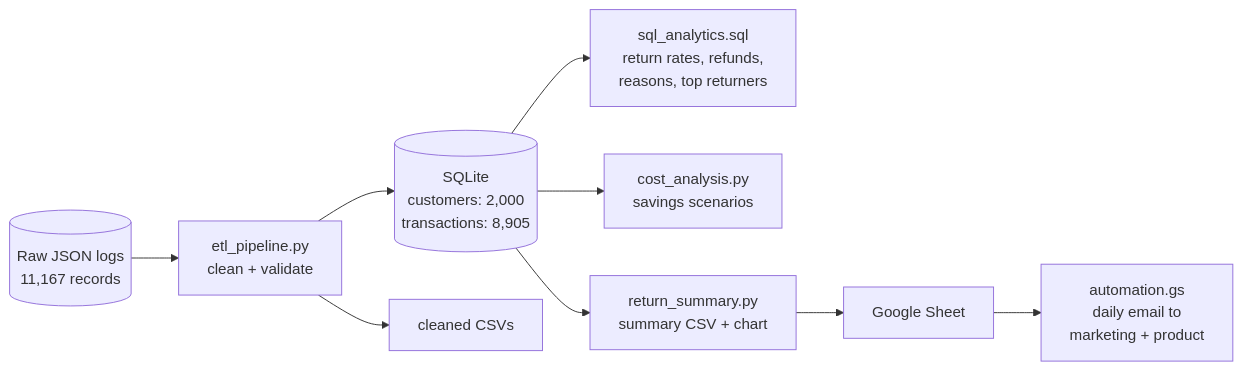
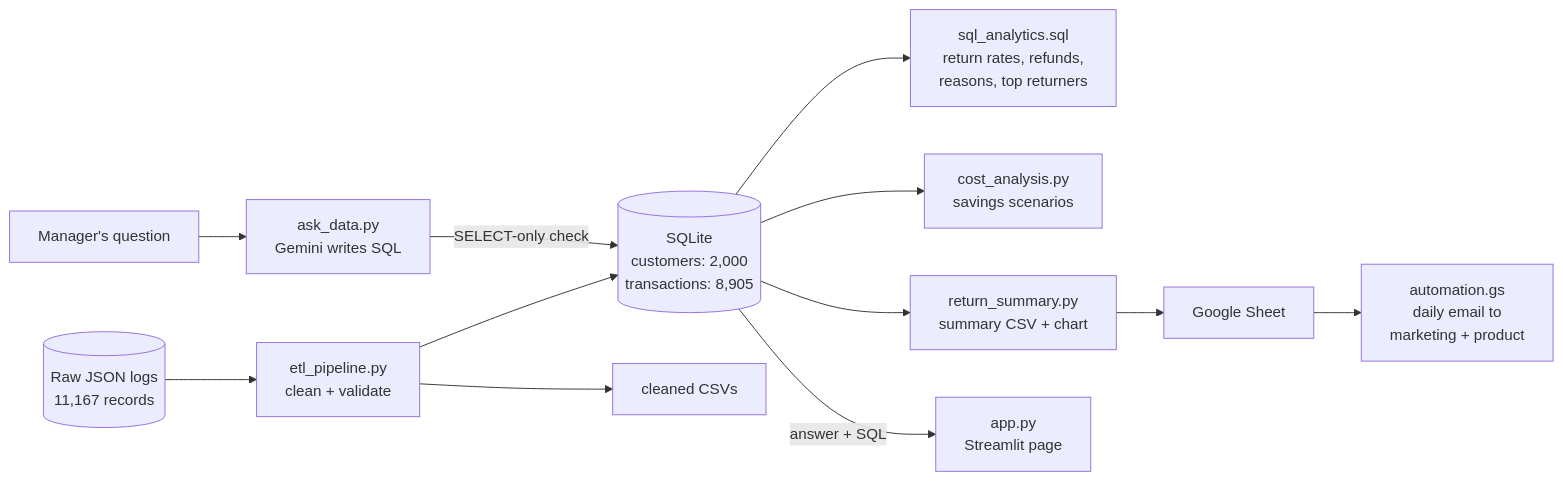
The diagram in README.md (Saksham2410del/Ecommerce-returns-analytics), drawn with Mermaid before and after one commit. The commit also changed other lines of this file and 6 other files, not shown here.

````diff
--- a/README.md
+++ b/README.md
@@ -81,10 +96,13 @@
 ```mermaid
 flowchart LR
     A[(Raw JSON logs<br/>11,167 records)] --> B[etl_pipeline.py<br/>clean + validate]
     B --> C[(SQLite<br/>customers: 2,000<br/>transactions: 8,905)]
     B --> D[cleaned CSVs]
     C --> E[sql_analytics.sql<br/>return rates, refunds,<br/>reasons, top returners]
     C --> F[cost_analysis.py<br/>savings scenarios]
     C --> G[return_summary.py<br/>summary CSV + chart]
     G --> H[Google Sheet] --> I[automation.gs<br/>daily email to<br/>marketing + product]
+    J[Manager's question] --> K[ask_data.py<br/>Gemini writes SQL]
+    K -- SELECT-only check --> C
+    C -- answer + SQL --> L[app.py<br/>Streamlit page]
 ```
````
